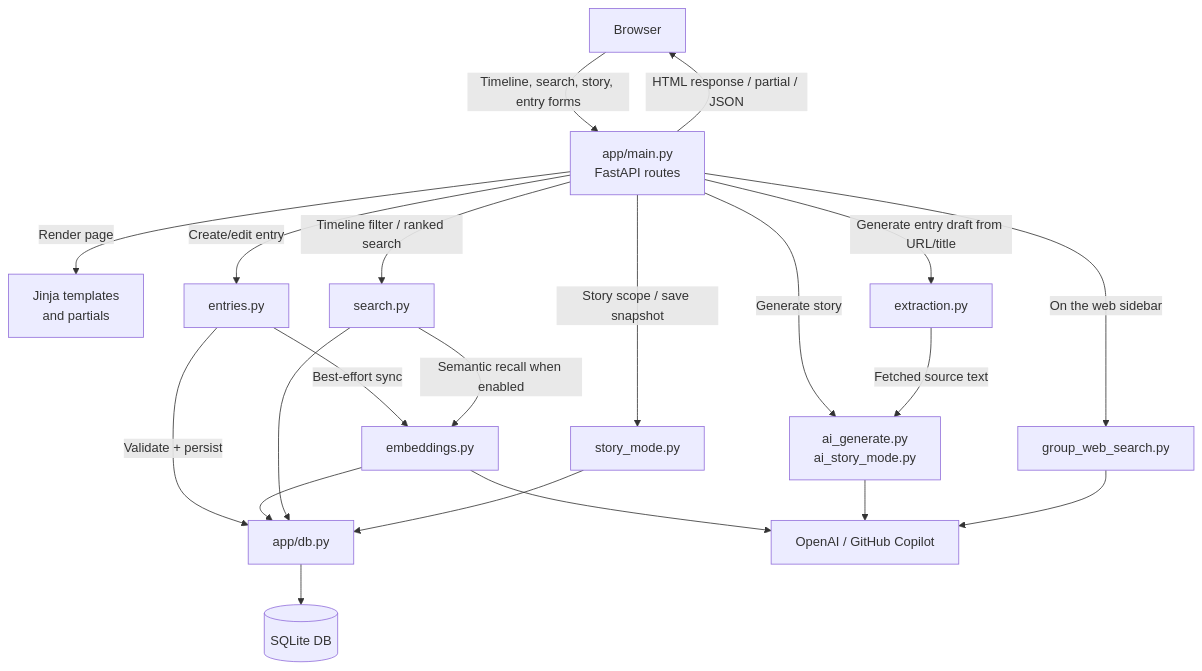
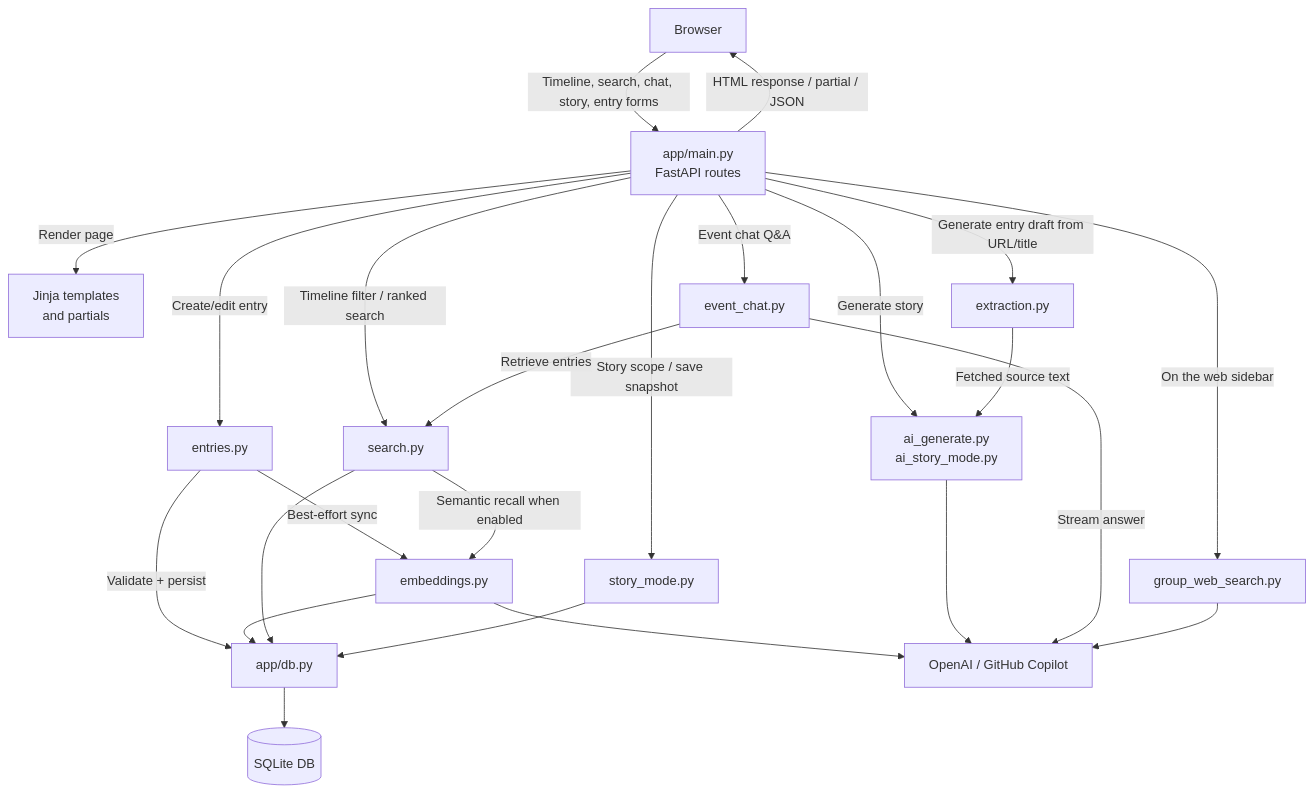
Before and after one commit to dtomyn/EventTracker: the second of 3 diagrams in README.md, drawn with Mermaid. The commit also changed other lines of this file and 91 other files, not shown here.

First line of the commit message:
feat: Implement bidirectional entry connections and knowledge graph

````diff
--- a/README.md
+++ b/README.md
@@ -177,44 +180,49 @@
 ```mermaid
 flowchart TD
   Browser["Browser"]
   Main["app/main.py\nFastAPI routes"]
   Templates["Jinja templates\nand partials"]
   EntriesSvc["entries.py"]
   SearchSvc["search.py"]
   StorySvc["story_mode.py"]
   ExtractSvc["extraction.py"]
   DraftSvc["ai_generate.py\nai_story_mode.py"]
   GroupWebSvc["group_web_search.py"]
   EmbedSvc["embeddings.py"]
   DB["app/db.py"]
   SQLite[("SQLite DB")]
   AI["OpenAI / GitHub Copilot"]
 
-  Browser -->|Timeline, search, story, entry forms| Main
+  Browser -->|Timeline, search, chat, story, entry forms| Main
 
   Main -->|Render page| Templates
 
   Main -->|Create/edit entry| EntriesSvc
   EntriesSvc -->|Validate + persist| DB
   EntriesSvc -->|Best-effort sync| EmbedSvc
   EmbedSvc --> DB
   EmbedSvc --> AI
 
   Main -->|Timeline filter / ranked search| SearchSvc
   SearchSvc --> DB
   SearchSvc -->|Semantic recall when enabled| EmbedSvc
 
   Main -->|Story scope / save snapshot| StorySvc
   StorySvc --> DB
   Main -->|Generate story| DraftSvc
   DraftSvc --> AI
 
   Main -->|Generate entry draft from URL/title| ExtractSvc
   ExtractSvc -->|Fetched source text| DraftSvc
 
+  EventChatSvc["event_chat.py"]
+  Main -->|Event chat Q&A| EventChatSvc
+  EventChatSvc -->|Retrieve entries| SearchSvc
+  EventChatSvc -->|Stream answer| AI
+
   Main -->|On the web sidebar| GroupWebSvc
   GroupWebSvc --> AI
 
   DB --> SQLite
   Main -->|HTML response / partial / JSON| Browser
 ```
````
